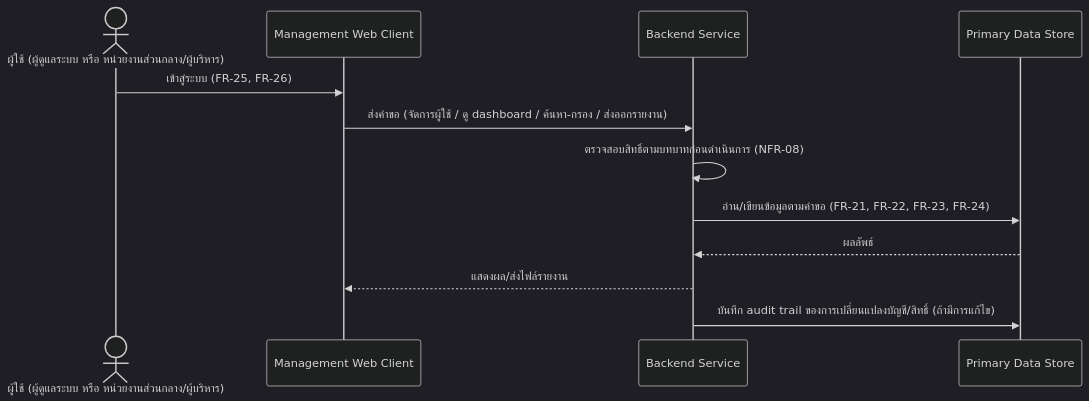
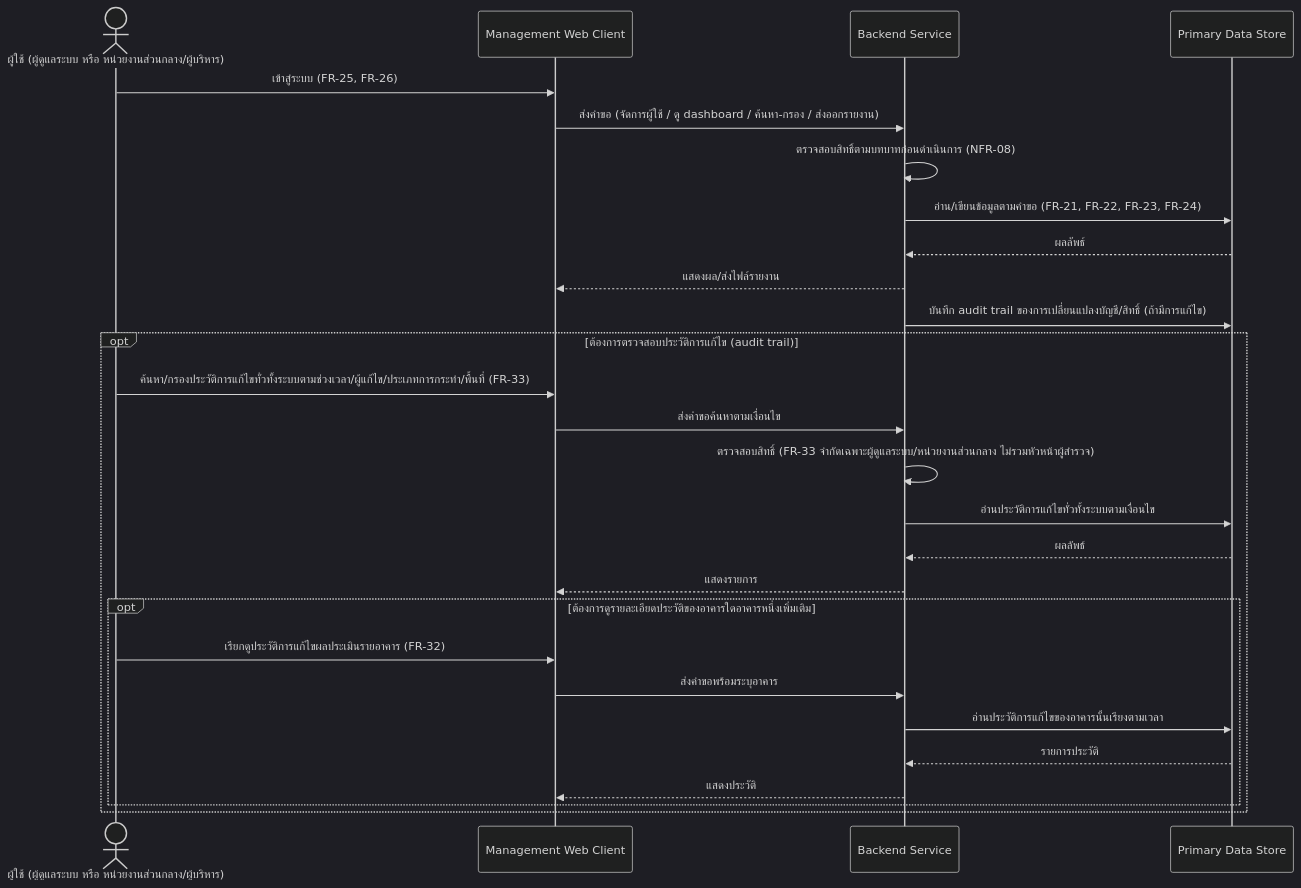
The fourth of 5 diagrams in docs/02-design/02-technical/architecture.md (sirikorn-cmru/CrackAI-Field), drawn with Mermaid (dark theme) before and after one commit. The commit also changed other lines of this file and 11 other files, not shown here.

````diff
--- a/docs/02-design/02-technical/architecture.md
+++ b/docs/02-design/02-technical/architecture.md
@@ -178,15 +188,30 @@
 ```mermaid
 sequenceDiagram
     actor U as ผู้ใช้ (ผู้ดูแลระบบ หรือ หน่วยงานส่วนกลาง/ผู้บริหาร)
     participant MC as Management Web Client
     participant BE as Backend Service
     participant DB as Primary Data Store
 
     U->>MC: เข้าสู่ระบบ (FR-25, FR-26)
     MC->>BE: ส่งคำขอ (จัดการผู้ใช้ / ดู dashboard / ค้นหา-กรอง / ส่งออกรายงาน)
     BE->>BE: ตรวจสอบสิทธิ์ตามบทบาทก่อนดำเนินการ (NFR-08)
     BE->>DB: อ่าน/เขียนข้อมูลตามคำขอ (FR-21, FR-22, FR-23, FR-24)
     DB-->>BE: ผลลัพธ์
     BE-->>MC: แสดงผล/ส่งไฟล์รายงาน
     BE->>DB: บันทึก audit trail ของการเปลี่ยนแปลงบัญชี/สิทธิ์ (ถ้ามีการแก้ไข)
+    opt ต้องการตรวจสอบประวัติการแก้ไข (audit trail)
+        U->>MC: ค้นหา/กรองประวัติการแก้ไขทั่วทั้งระบบตามช่วงเวลา/ผู้แก้ไข/ประเภทการกระทำ/พื้นที่ (FR-33)
+        MC->>BE: ส่งคำขอค้นหาตามเงื่อนไข
+        BE->>BE: ตรวจสอบสิทธิ์ (FR-33 จำกัดเฉพาะผู้ดูแลระบบ/หน่วยงานส่วนกลาง ไม่รวมหัวหน้าผู้สำรวจ)
+        BE->>DB: อ่านประวัติการแก้ไขทั่วทั้งระบบตามเงื่อนไข
+        DB-->>BE: ผลลัพธ์
+        BE-->>MC: แสดงรายการ
+        opt ต้องการดูรายละเอียดประวัติของอาคารใดอาคารหนึ่งเพิ่มเติม
+            U->>MC: เรียกดูประวัติการแก้ไขผลประเมินรายอาคาร (FR-32)
+            MC->>BE: ส่งคำขอพร้อมระบุอาคาร
+            BE->>DB: อ่านประวัติการแก้ไขของอาคารนั้นเรียงตามเวลา
+            DB-->>BE: รายการประวัติ
+            BE-->>MC: แสดงประวัติ
+        end
+    end
 ```
````
